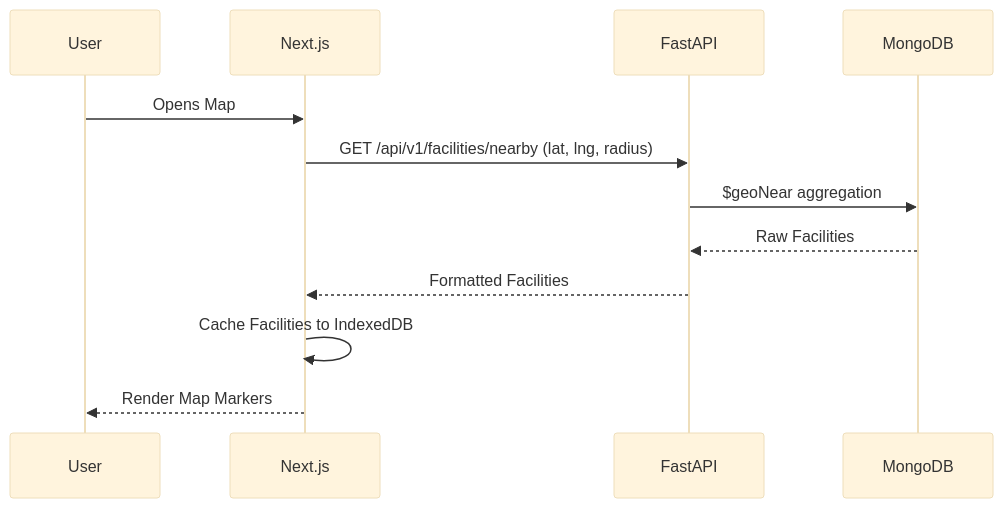
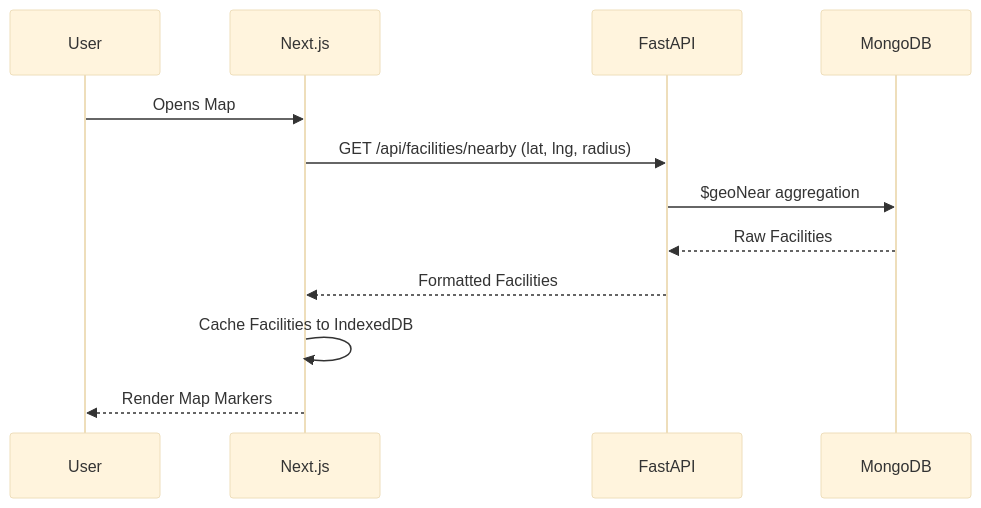
One commit to callmesidhu/FastAPI-CivicLens-hackathon changed the second of 4 diagrams in ARCHITECTURE.md. Above: the diagram before and after it, drawn with Mermaid (base theme). The commit also changed 1 other file, not shown here.

Commit message:
refactor(api): streamline route prefixes removing v1 versioning

````diff
--- a/ARCHITECTURE.md
+++ b/ARCHITECTURE.md
@@ -24,15 +24,15 @@
 ```mermaid
 sequenceDiagram
     participant User
     participant Next.js
     participant FastAPI
     participant MongoDB
     
     User->>Next.js: Opens Map
-    Next.js->>FastAPI: GET /api/v1/facilities/nearby (lat, lng, radius)
+    Next.js->>FastAPI: GET /api/facilities/nearby (lat, lng, radius)
     FastAPI->>MongoDB: $geoNear aggregation
     MongoDB-->>FastAPI: Raw Facilities
     FastAPI-->>Next.js: Formatted Facilities
     Next.js->>Next.js: Cache Facilities to IndexedDB
     Next.js-->>User: Render Map Markers
 ```
````
